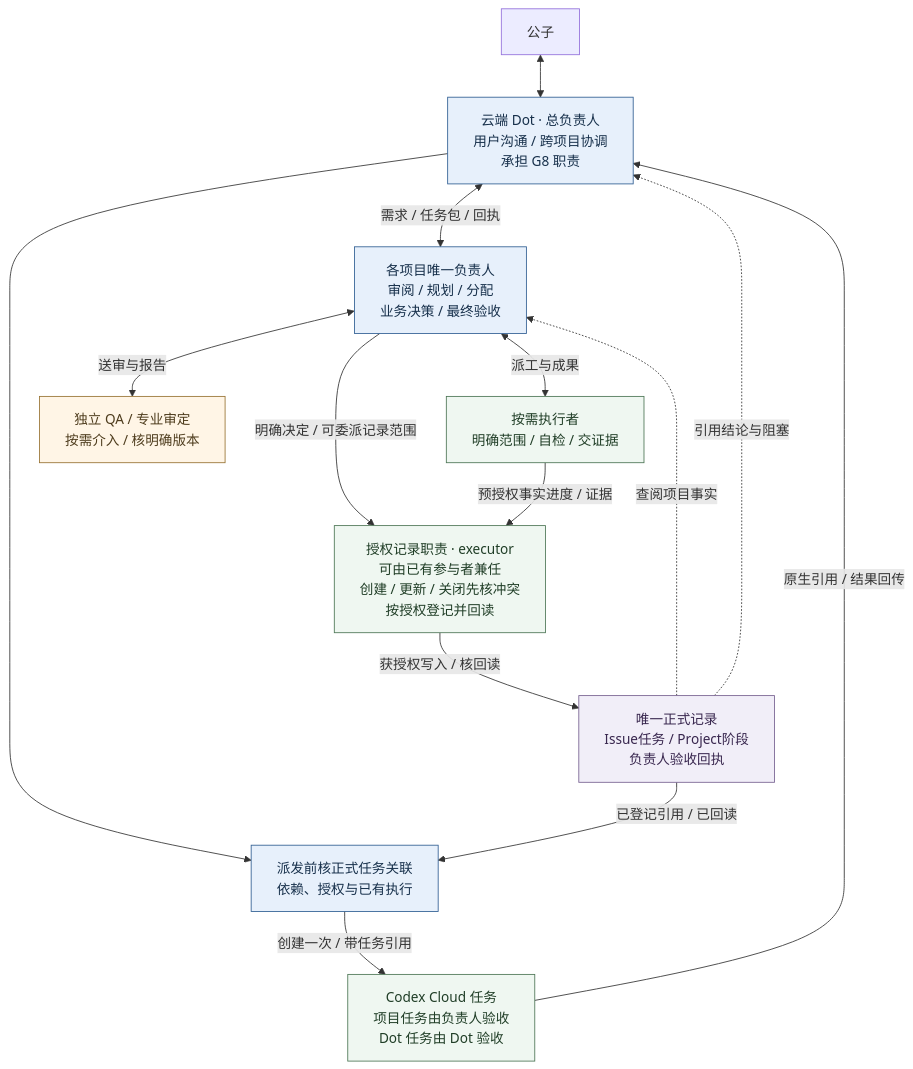
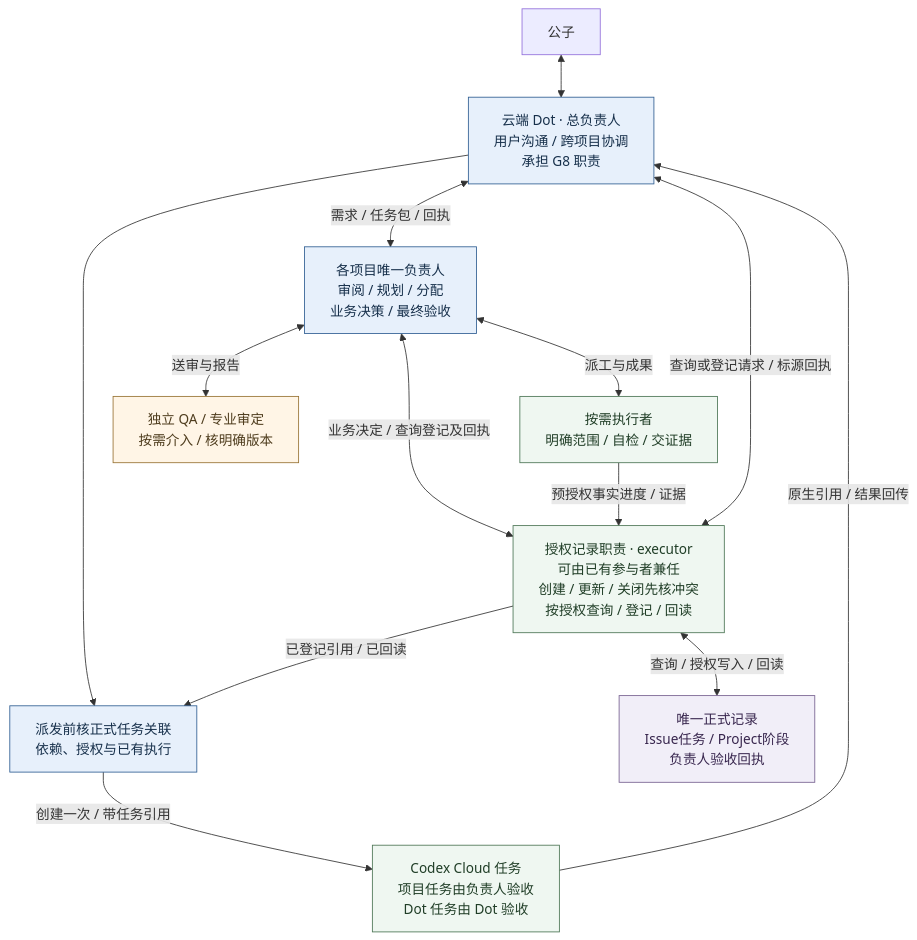
The diagram in docs/lody4dot/diagrams/project-governance.mmd (CF-FE/mymcp-4-codexcloud), drawn with Mermaid before and after one commit. The commit also changed 15 other files, not shown here.

```diff
--- a/docs/lody4dot/diagrams/project-governance.mmd
+++ b/docs/lody4dot/diagrams/project-governance.mmd
@@ -1,26 +1,25 @@
-%% 2026-10-27 实施规范v0.3；职责与回执路线，非部署拓扑。
+%% 2026-10-27 实施规范v0.3.1；职责与回执路线，非部署拓扑。
 %% 依据公子本轮明确要求；说明与边界见../project-coordination.md。
 flowchart TB
     accTitle: 云端 Dot、项目负责人、执行审查与授权记录
-    accDescr: 公子与云端Dot沟通，Dot与各项目唯一负责人沟通，在当前正式任务登记并回读后代建Cloud任务，原生引用回填同一任务；项目业务由负责人决策验收，Dot自身协调任务由Dot验收。执行者交事实证据，审查者交复核报告。授权记录是executor可承担的任务职责，负责人可亲自记录或明确委派，按条目和字段先审查创建、更新、关闭与当前记录的一致性，按授权写入正式记录并回读，普通事实按预授权更新。虚线表示查阅引用。图不表示机器任命、共享凭证或已生效的看板。
+    accDescr: 公子与云端Dot沟通，Dot与各项目唯一负责人沟通，在当前正式任务登记并回读后代建Cloud任务，原生引用回填同一任务；项目业务由负责人决策验收，Dot自身协调任务由Dot验收。执行者交事实证据，审查者交复核报告。授权记录是executor可承担的任务职责，负责人可亲自记录或明确委派，按条目和字段先审查创建、更新、关闭与当前记录的一致性，按授权写入正式记录并回读，普通事实按预授权更新。Dot没有GitHub Projects直接授权，查询和登记经授权记录者回传，不要求共享凭证。图不表示机器任命、共享凭证或已生效的看板。
     user["公子"] <--> dot["云端 Dot · 总负责人\n用户沟通 / 跨项目协调\n承担 G8 职责"]
     dot <-->|需求 / 任务包 / 回执| owner["各项目唯一负责人\n审阅 / 规划 / 分配\n业务决策 / 最终验收"]
     dot --> gate["派发前核正式任务关联\n依赖、授权与已有执行"]
     gate -->|创建一次 / 带任务引用| cloud["Codex Cloud 任务\n项目任务由负责人验收\nDot 任务由 Dot 验收"]
     cloud -->|原生引用 / 结果回传| dot
     owner <-->|派工与成果| execute["按需执行者\n明确范围 / 自检 / 交证据"]
     owner <-->|送审与报告| qa["独立 QA / 专业审定\n按需介入 / 核明确版本"]
-    owner -->|明确决定 / 可委派记录范围| recorder["授权记录职责 · executor\n可由已有参与者兼任\n创建 / 更新 / 关闭先核冲突\n按授权登记并回读"]
+    owner <-->|业务决定 / 查询登记及回执| recorder["授权记录职责 · executor\n可由已有参与者兼任\n创建 / 更新 / 关闭先核冲突\n按授权查询 / 登记 / 回读"]
     execute -->|预授权事实进度 / 证据| recorder
-    recorder -->|获授权写入 / 核回读| records["唯一正式记录\nIssue任务 / Project阶段\n负责人验收回执"]
-    records -.->|查阅项目事实| owner
-    records -->|已登记引用 / 已回读| gate
-    records -.->|引用结论与阻塞| dot
+    dot <-->|查询或登记请求 / 标源回执| recorder
+    recorder <-->|查询 / 授权写入 / 回读| records["唯一正式记录\nIssue任务 / Project阶段\n负责人验收回执"]
+    recorder -->|已登记引用 / 已回读| gate
     classDef lead fill:#e7f0fb,stroke:#315f93,color:#17304b;
     classDef work fill:#eff7f1,stroke:#4d7656,color:#203e27;
     classDef review fill:#fff5e6,stroke:#987334,color:#4e3c1d;
     classDef data fill:#f1eef8,stroke:#776291,color:#38264e;
     class dot,owner,gate lead;
     class cloud,execute,recorder work;
     class qa review;
     class records data;
```
